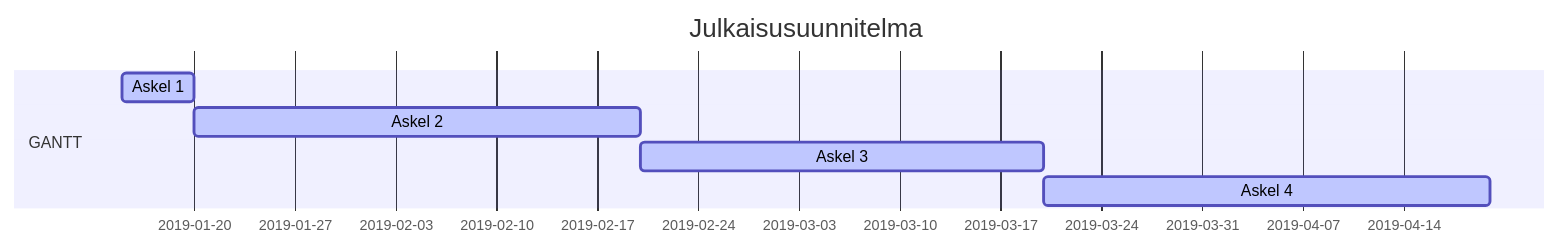
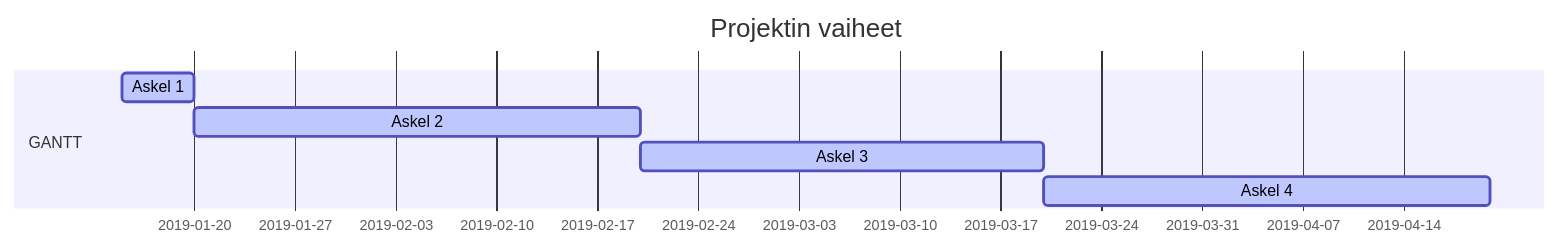
Before and after one commit to ninaleo/ransut-core: the diagram in dokumentaatio/01-projektinhallinta/projektisuunnitelma.md, drawn with Mermaid.

````diff
--- a/dokumentaatio/01-projektinhallinta/projektisuunnitelma.md
+++ b/dokumentaatio/01-projektinhallinta/projektisuunnitelma.md
@@ -124,11 +124,11 @@
 ```mermaid
 gantt
-    title Julkaisusuunnitelma
+    title Projektin vaiheet
     dateFormat  DD-MM-YYYY
     section GANTT
     Askel 1      :active,k1,15-01-2019, 20-01-2019
     Askel 2      :active,k2,after k1, 20-02-2019
     Askel 3      :active,k3,after k2, 20-03-2019
     Askel 4      :active,k4,after k3, 20-04-2019
 
 ```
````
